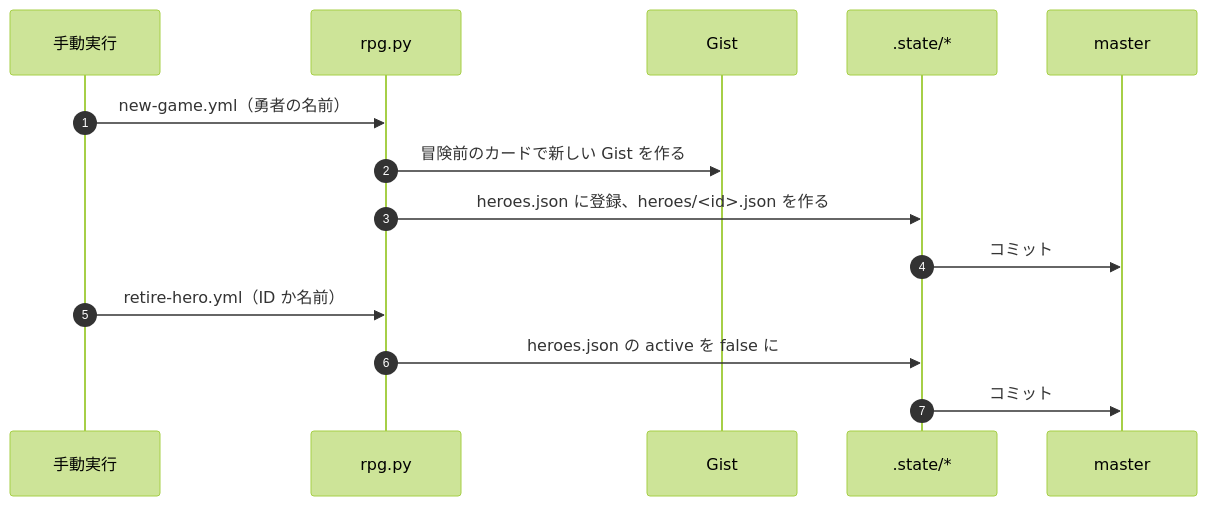
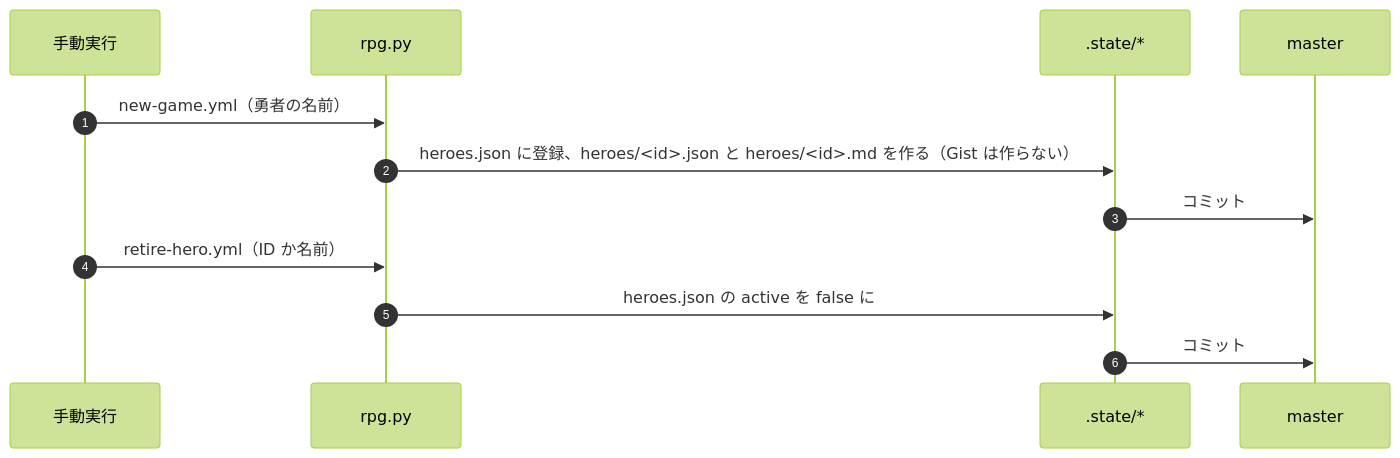
The third of 3 diagrams in docs/DATA_FLOW.md (ot-nemoto/cryepis), drawn with Mermaid (forest theme) before and after one commit. The commit also changed other lines of this file and 8 other files, not shown here.

````diff
--- a/docs/DATA_FLOW.md
+++ b/docs/DATA_FLOW.md
@@ -95,17 +96,15 @@
 ```mermaid
 sequenceDiagram
     autonumber
     participant U as 手動実行
     participant RP as rpg.py
-    participant G as Gist
     participant S as .state/*
     participant M as master
 
     U->>RP: new-game.yml（勇者の名前）
-    RP->>G: 冒険前のカードで新しい Gist を作る
-    RP->>S: heroes.json に登録、heroes/<id>.json を作る
+    RP->>S: heroes.json に登録、heroes/<id>.json と heroes/<id>.md を作る（Gist は作らない）
     S->>M: コミット
     U->>RP: retire-hero.yml（ID か名前）
     RP->>S: heroes.json の active を false に
     S->>M: コミット
 ```
````
